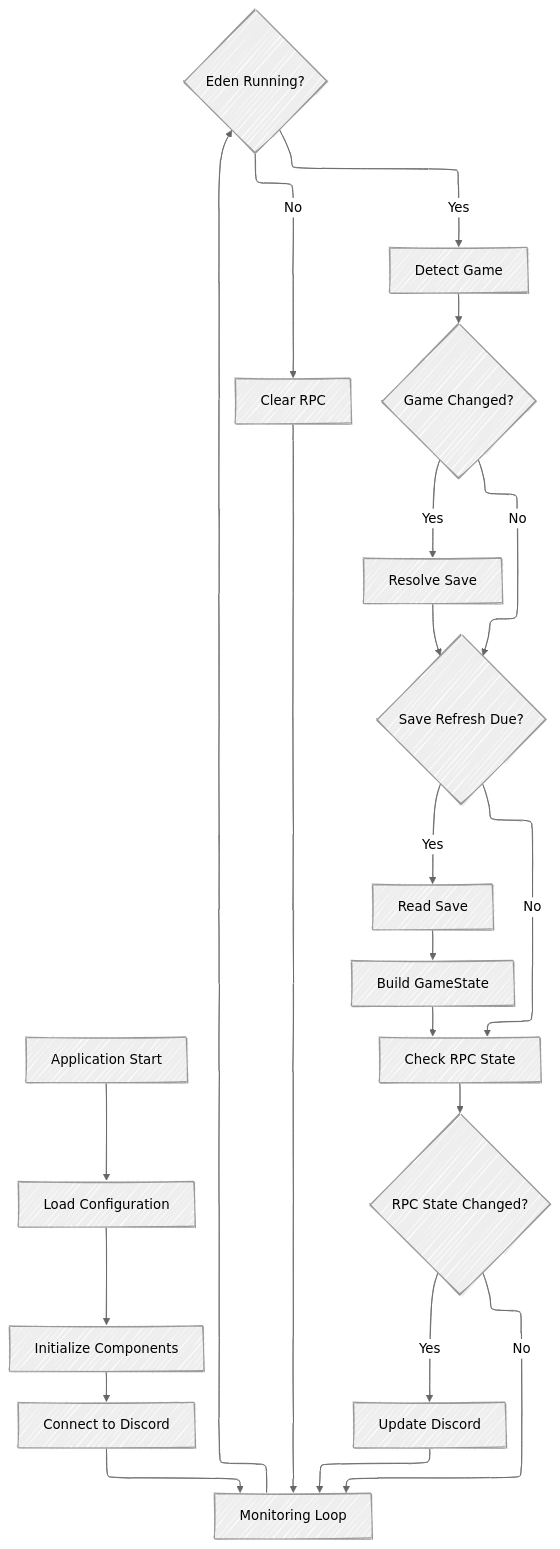
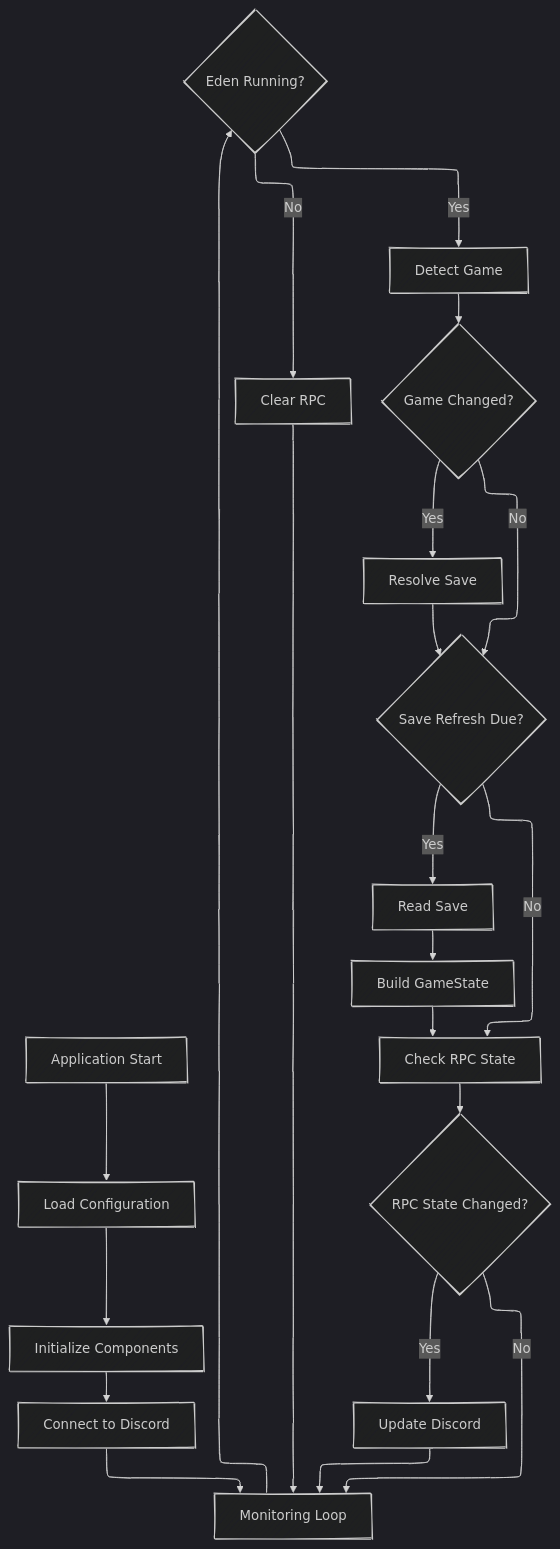
Before and after one commit to ramadhafidz/emulator-switch-discordrpc: the second of 6 diagrams in docs/ARCHITECTURE.md, drawn with Mermaid. The commit also changed other lines of this file and 1 other file, not shown here.

Commit message:
Use dark theme for Mermaid diagrams

````diff
--- a/docs/ARCHITECTURE.md
+++ b/docs/ARCHITECTURE.md
@@ -63,36 +63,36 @@
 ```mermaid
 ---
 config:
-  theme: neutral
+  theme: dark
   look: handDrawn
   layout: elk
 ---
 flowchart TD
 	A[Application Start] --> B[Load Configuration]
 	B --> C[Initialize Components]
 	C --> D[Connect to Discord]
 	D --> E[Monitoring Loop]
 
 	E --> F{Eden Running?}
 	F -->|No| G[Clear RPC]
 	G --> E
 
 	F -->|Yes| H[Detect Game]
 	H --> I{Game Changed?}
 
 	I -->|Yes| J[Resolve Save]
 	I -->|No| K{Save Refresh Due?}
 
 	J --> K
 	K -->|Yes| L[Read Save]
 	K -->|No| M[Check RPC State]
 
 	L --> N[Build GameState]
 	N --> M
 
 	M --> O{RPC State Changed?}
 	O -->|Yes| P[Update Discord]
 	O -->|No| E
 
 	P --> E
 ```
````
